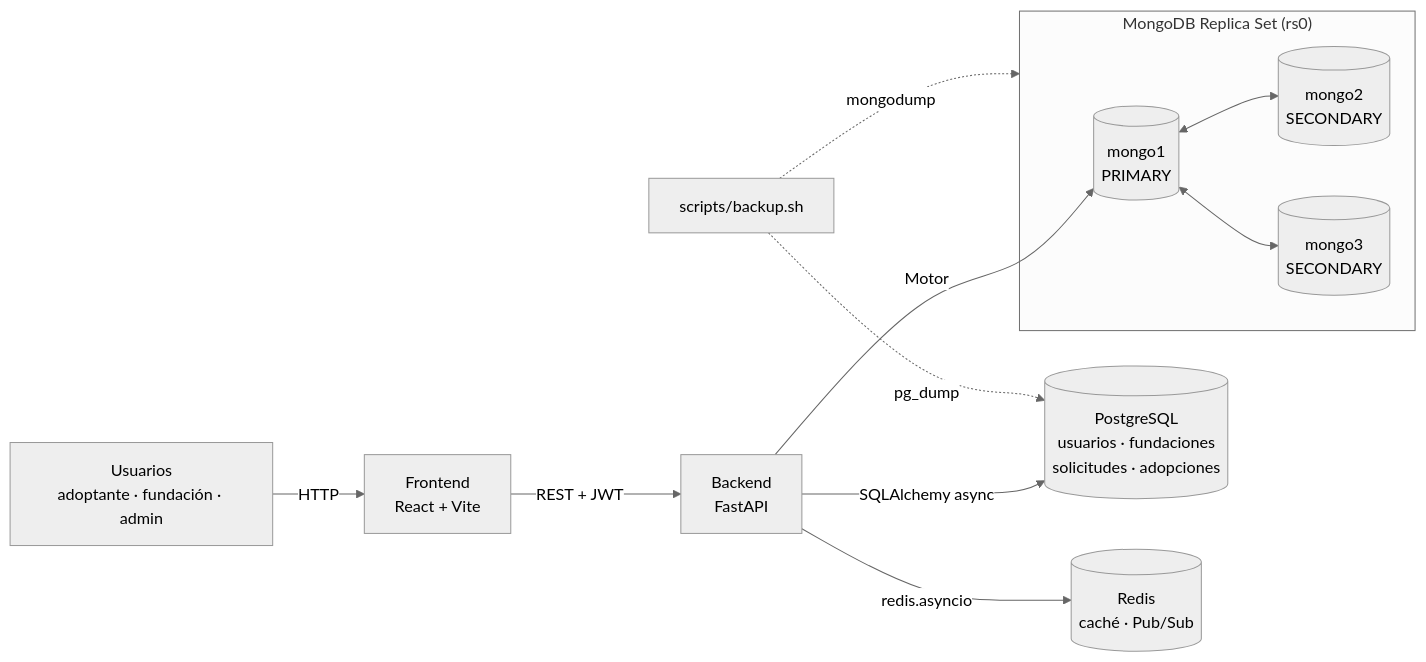
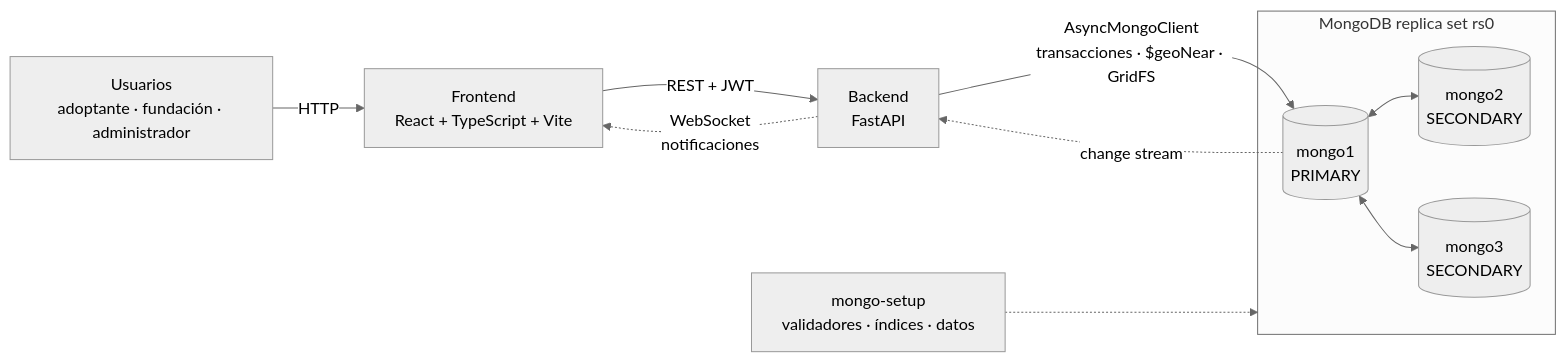
Before and after one commit to anunezb18/mi-mascota: the diagram in README.md, drawn with Mermaid (neutral theme). The commit also changed other lines of this file and 79 other files, not shown here.

First line of the commit message:
feat: base de datos MongoDB y backend FastAPI conectados al frontend

````diff
--- a/README.md
+++ b/README.md
@@ -47,17 +52,16 @@
 ```mermaid
 flowchart LR
-    U["Usuarios<br/>adoptante · fundación · admin"] -->|HTTP| FE["Frontend<br/>React + Vite"]
+    U["Usuarios<br/>adoptante · fundación · administrador"] -->|HTTP| FE["Frontend<br/>React + TypeScript + Vite"]
     FE -->|"REST + JWT"| API["Backend<br/>FastAPI"]
+    API -.->|"WebSocket<br/>notificaciones"| FE
 
-    API -->|"SQLAlchemy async"| PG[("PostgreSQL<br/>usuarios · fundaciones<br/>solicitudes · adopciones")]
-    API -->|Motor| M1
-    API -->|redis.asyncio| R[("Redis<br/>caché · Pub/Sub")]
+    API -->|"AsyncMongoClient<br/>transacciones · $geoNear · GridFS"| M1
+    M1 -.->|"change stream"| API
 
-    subgraph RS["MongoDB Replica Set (rs0)"]
+    subgraph RS["MongoDB replica set rs0"]
         M1[("mongo1<br/>PRIMARY")] <--> M2[("mongo2<br/>SECONDARY")]
         M1 <--> M3[("mongo3<br/>SECONDARY")]
     end
 
-    B["scripts/backup.sh"] -.->|pg_dump| PG
-    B -.->|mongodump| RS
+    S["mongo-setup<br/>validadores · índices · datos"] -.-> RS
 ```
````
